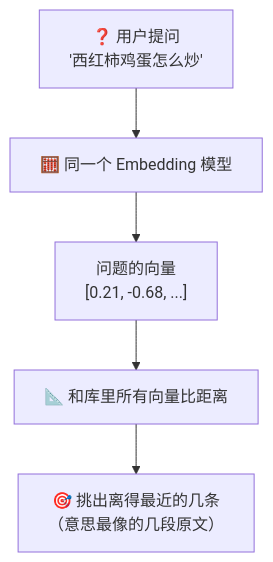
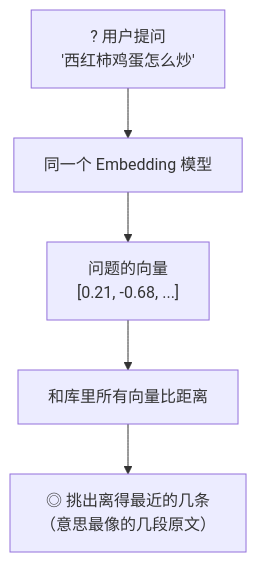
The fourth of 8 diagrams in docs/02_CONCEPTS_概念入门/CONCEPT/[CONCEPT-09] 什么是Embedding-向量.md (luckykhy/KhyAiHub), drawn with Mermaid before and after one commit. The commit also changed other lines of this file and 19 other files, not shown here.

````diff
--- a/docs/02_CONCEPTS_概念入门/CONCEPT/[CONCEPT-09] 什么是Embedding-向量.md
+++ b/docs/02_CONCEPTS_概念入门/CONCEPT/[CONCEPT-09] 什么是Embedding-向量.md
@@ -140,7 +140,7 @@
 ```mermaid
 flowchart TB
-  Q["❓ 用户提问<br/>'西红柿鸡蛋怎么炒'"] --> QE["🧮 同一个 Embedding 模型"]
+  Q["? 用户提问<br/>'西红柿鸡蛋怎么炒'"] --> QE["同一个 Embedding 模型"]
   QE --> QV["问题的向量<br/>[0.21, -0.68, ...]"]
-  QV --> S["📐 和库里所有向量比距离"]
-  S --> TOP["🎯 挑出离得最近的几条<br/>（意思最像的几段原文）"]
+  QV --> S["和库里所有向量比距离"]
+  S --> TOP["◎ 挑出离得最近的几条<br/>（意思最像的几段原文）"]
 ```
````
